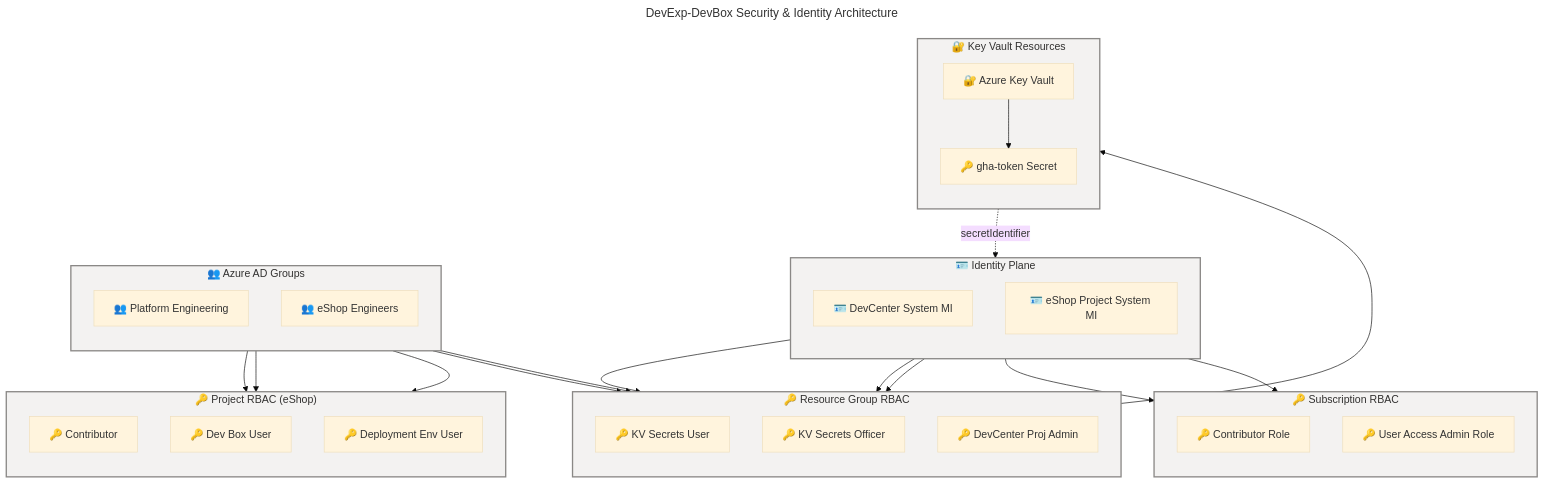
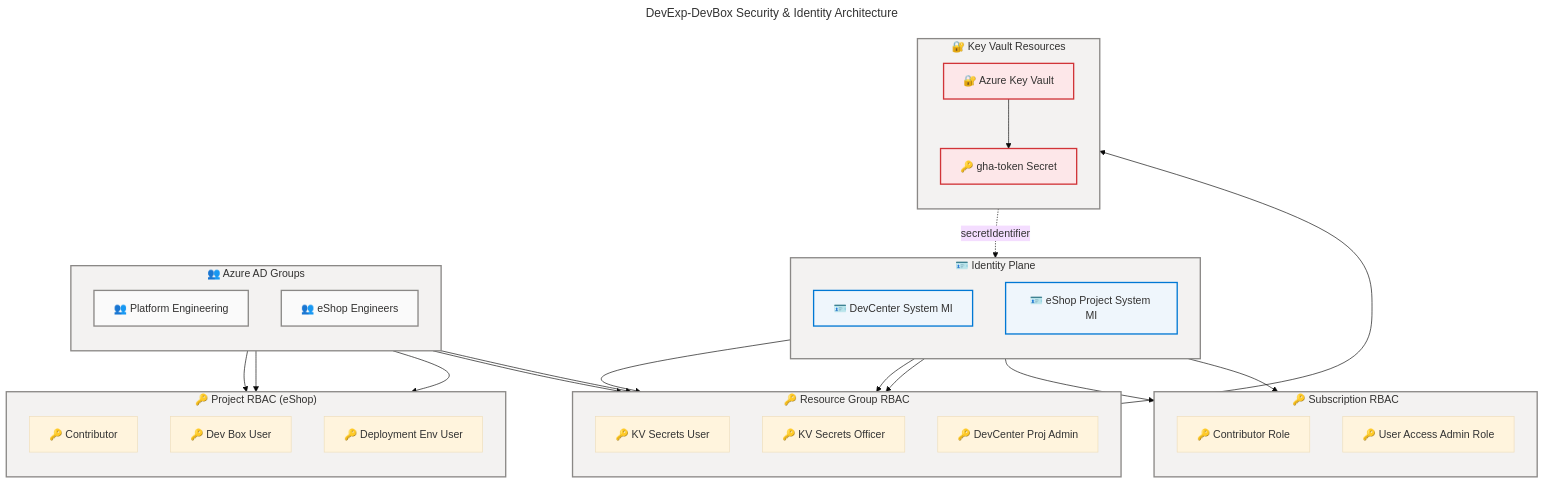
One commit to Evilazaro/DevExp-DevBox changed the third of 8 diagrams in docs/architecture/tech-arch.md. Above: the diagram before and after it, drawn with Mermaid. The commit also changed other lines of this file, not shown here.

Commit message:
Refactor identity and role assignment styles in architecture diagrams for improved clarity and consistency

```diff
--- a/docs/architecture/tech-arch.md
+++ b/docs/architecture/tech-arch.md
@@ -803,8 +803,8 @@
 
     subgraph IDENT["🪪 Identity Plane"]
         direction TB
-        DC_MI["🪪 DevCenter System MI"]:::identity
-        PROJ_MI["🪪 eShop Project System MI"]:::identity
+        DC_MI["🪪 DevCenter System MI"]:::core
+        PROJ_MI["🪪 eShop Project System MI"]:::core
     end
 
     subgraph RBAC_SUB["🔑 Subscription RBAC"]
@@ -829,14 +829,14 @@
 
     subgraph AADGROUPS["👥 Azure AD Groups"]
         direction TB
-        PE_GROUP["👥 Platform Engineering"]:::external
-        ESHOP_GROUP["👥 eShop Engineers"]:::external
+        PE_GROUP["👥 Platform Engineering"]:::neutral
+        ESHOP_GROUP["👥 eShop Engineers"]:::neutral
     end
 
     subgraph KV_RESOURCES["🔐 Key Vault Resources"]
         direction TB
-        KV_VAULT["🔐 Azure Key Vault"]:::kvault
-        GHA_TOKEN["🔑 gha-token Secret"]:::kvault
+        KV_VAULT["🔐 Azure Key Vault"]:::danger
+        GHA_TOKEN["🔑 gha-token Secret"]:::danger
     end
 
     DC_MI --> CONTRIB_ROLE
```
